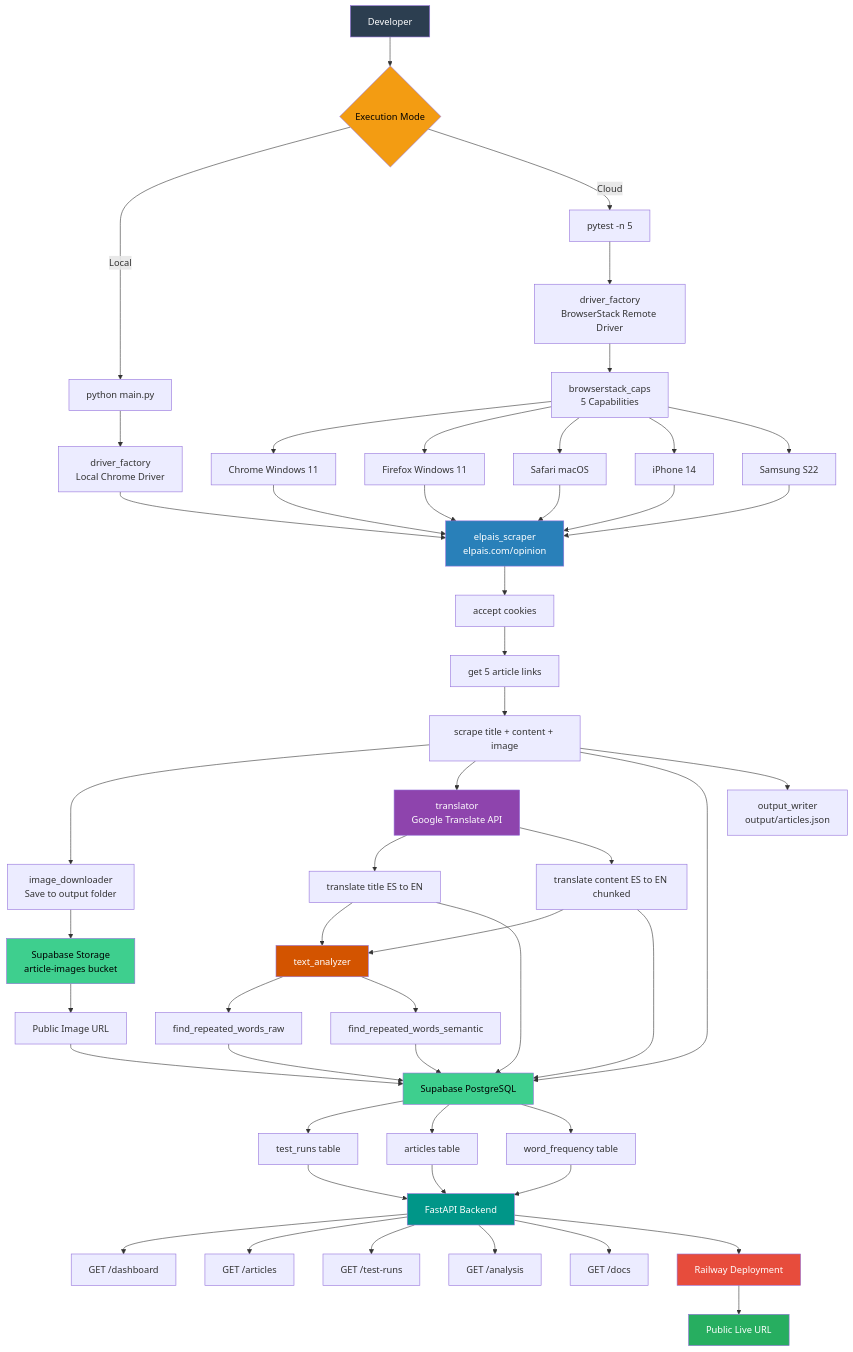
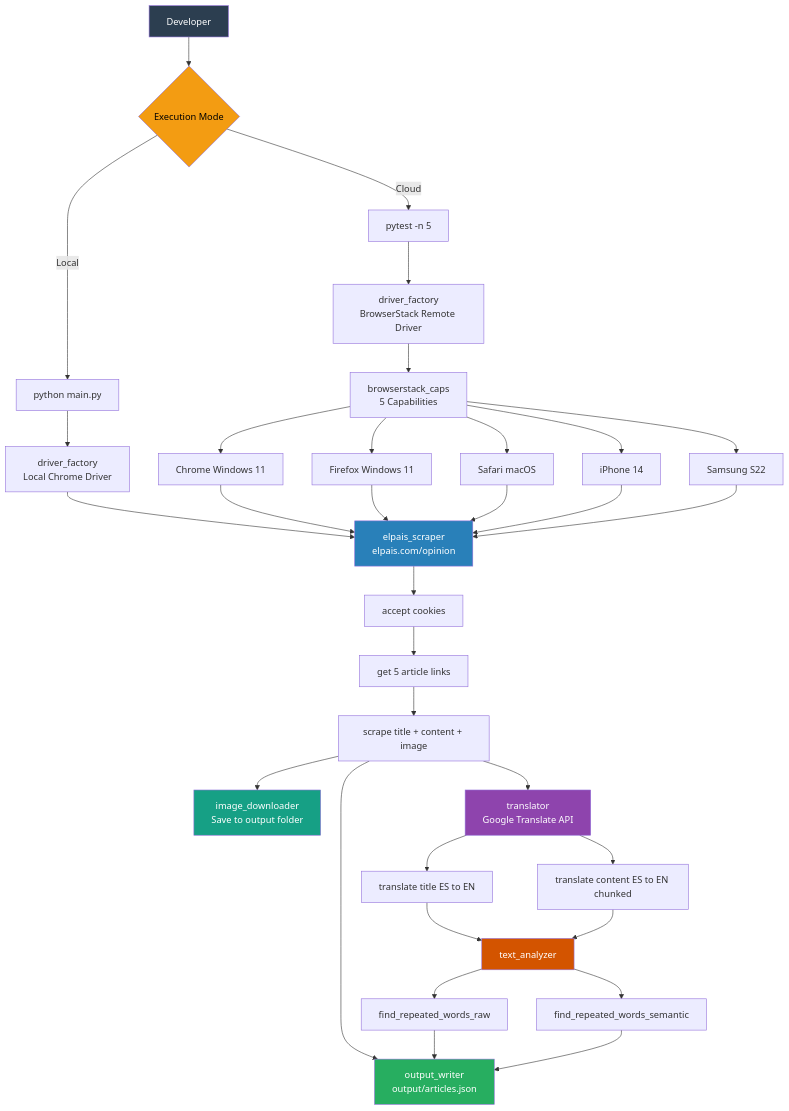
One commit to Rishushukla157/Browserstack changed the diagram in README.md. Above: the diagram before and after it, drawn with Mermaid. The commit also changed other lines of this file and 3021 other files, not shown here.

Commit message:
refactor: remove Supabase and FastAPI, simplify to local pipeline

````diff
--- a/README.md
+++ b/README.md
@@ -40,80 +31,52 @@
 ```mermaid
 flowchart TD
     A[Developer] --> B{Execution Mode}
 
     B -->|Local| C[python main.py]
     B -->|Cloud| D[pytest -n 5]
 
     C --> E[driver_factory\nLocal Chrome Driver]
     D --> F[driver_factory\nBrowserStack Remote Driver]
 
     F --> G[browserstack_caps\n5 Capabilities]
     G --> G1[Chrome Windows 11]
     G --> G2[Firefox Windows 11]
     G --> G3[Safari macOS]
     G --> G4[iPhone 14]
     G --> G5[Samsung S22]
 
     E --> H[elpais_scraper\nelpais.com/opinion]
     G1 --> H
     G2 --> H
     G3 --> H
     G4 --> H
     G5 --> H
 
     H --> H1[accept cookies]
     H1 --> H2[get 5 article links]
     H2 --> H3[scrape title + content + image]
 
     H3 --> I[image_downloader\nSave to output folder]
     H3 --> J[translator\nGoogle Translate API]
 
     J --> J1[translate title ES to EN]
     J --> J2[translate content ES to EN chunked]
 
     J1 --> K[text_analyzer]
     J2 --> K
 
     K --> K1[find_repeated_words_raw]
     K --> K2[find_repeated_words_semantic]
 
-    I --> L[Supabase Storage\narticle-images bucket]
-    L --> L1[Public Image URL]
-
-    H3 --> M[Supabase PostgreSQL]
-    J1 --> M
-    J2 --> M
-    L1 --> M
-    K1 --> M
-    K2 --> M
-
-    M --> M1[test_runs table]
-    M --> M2[articles table]
-    M --> M3[word_frequency table]
-
     H3 --> N[output_writer\noutput/articles.json]
-
-    M1 --> O[FastAPI Backend]
-    M2 --> O
-    M3 --> O
-
-    O --> O1[GET /dashboard]
-    O --> O2[GET /articles]
-    O --> O3[GET /test-runs]
-    O --> O4[GET /analysis]
-    O --> O5[GET /docs]
-
-    O --> P[Railway Deployment]
-    P --> Q[Public Live URL]
+    K1 --> N
+    K2 --> N
 
     style A fill:#2c3e50,color:#fff
-    style Q fill:#27ae60,color:#fff
-    style M fill:#3ECF8E,color:#000
-    style L fill:#3ECF8E,color:#000
-    style O fill:#009688,color:#fff
-    style P fill:#e74c3c,color:#fff
+    style N fill:#27ae60,color:#fff
     style H fill:#2980b9,color:#fff
     style J fill:#8e44ad,color:#fff
     style K fill:#d35400,color:#fff
     style B fill:#f39c12,color:#000
+    style I fill:#16a085,color:#fff
 ```
````
